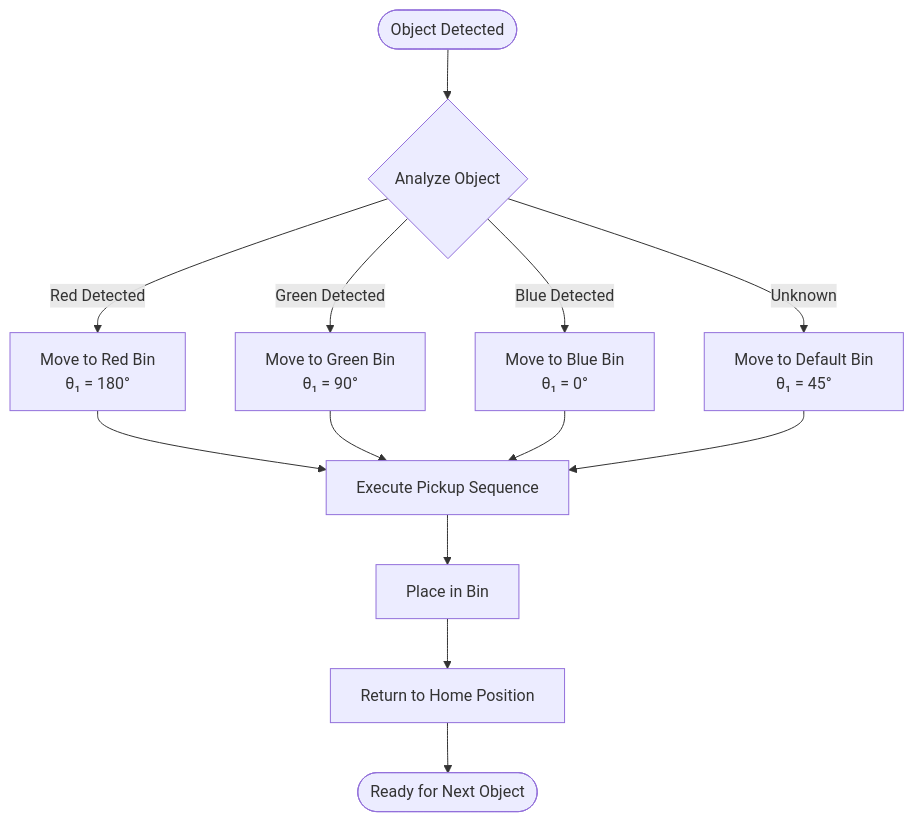
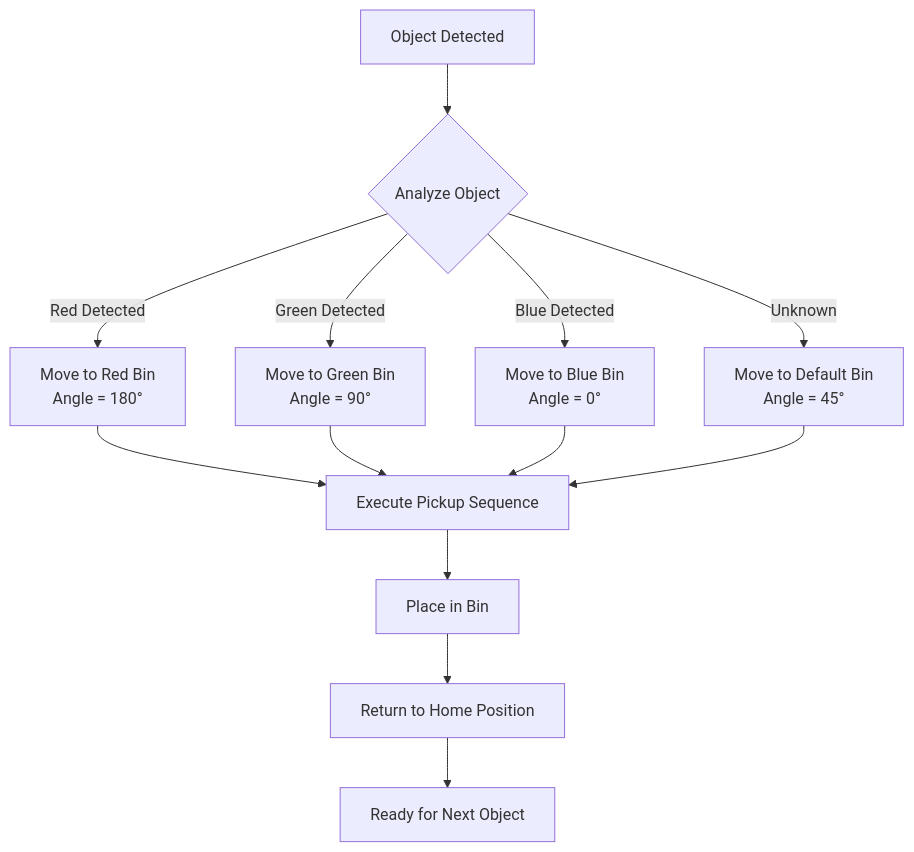
Before and after one commit to Red-misst/arm-robot-iot: the ninth of 11 diagrams in README.md, drawn with Mermaid.

````diff
--- a/README.md
+++ b/README.md
@@ -435,17 +435,17 @@
 ```mermaid
 flowchart TD
-    Start(["Object Detected"]) --> Analysis{"Analyze Object"}
-    Analysis -->|Red Detected| RedBin["Move to Red Bin<br/>θ₁ = 180°"]
-    Analysis -->|Green Detected| GreenBin["Move to Green Bin<br/>θ₁ = 90°"]
-    Analysis -->|Blue Detected| BlueBin["Move to Blue Bin<br/>θ₁ = 0°"]
-    Analysis -->|Unknown| DefaultBin["Move to Default Bin<br/>θ₁ = 45°"]
+    Start["Object Detected"] --> Analysis{"Analyze Object"}
+    Analysis -->|Red Detected| RedBin["Move to Red Bin<br/>Angle = 180°"]
+    Analysis -->|Green Detected| GreenBin["Move to Green Bin<br/>Angle = 90°"]
+    Analysis -->|Blue Detected| BlueBin["Move to Blue Bin<br/>Angle = 0°"]
+    Analysis -->|Unknown| DefaultBin["Move to Default Bin<br/>Angle = 45°"]
     
     RedBin --> Pickup["Execute Pickup Sequence"]
     GreenBin --> Pickup
     BlueBin --> Pickup
     DefaultBin --> Pickup
     
     Pickup --> Place["Place in Bin"]
     Place --> Return["Return to Home Position"]
-    Return --> Ready(["Ready for Next Object"])
+    Return --> Ready["Ready for Next Object"]
 ```
````
